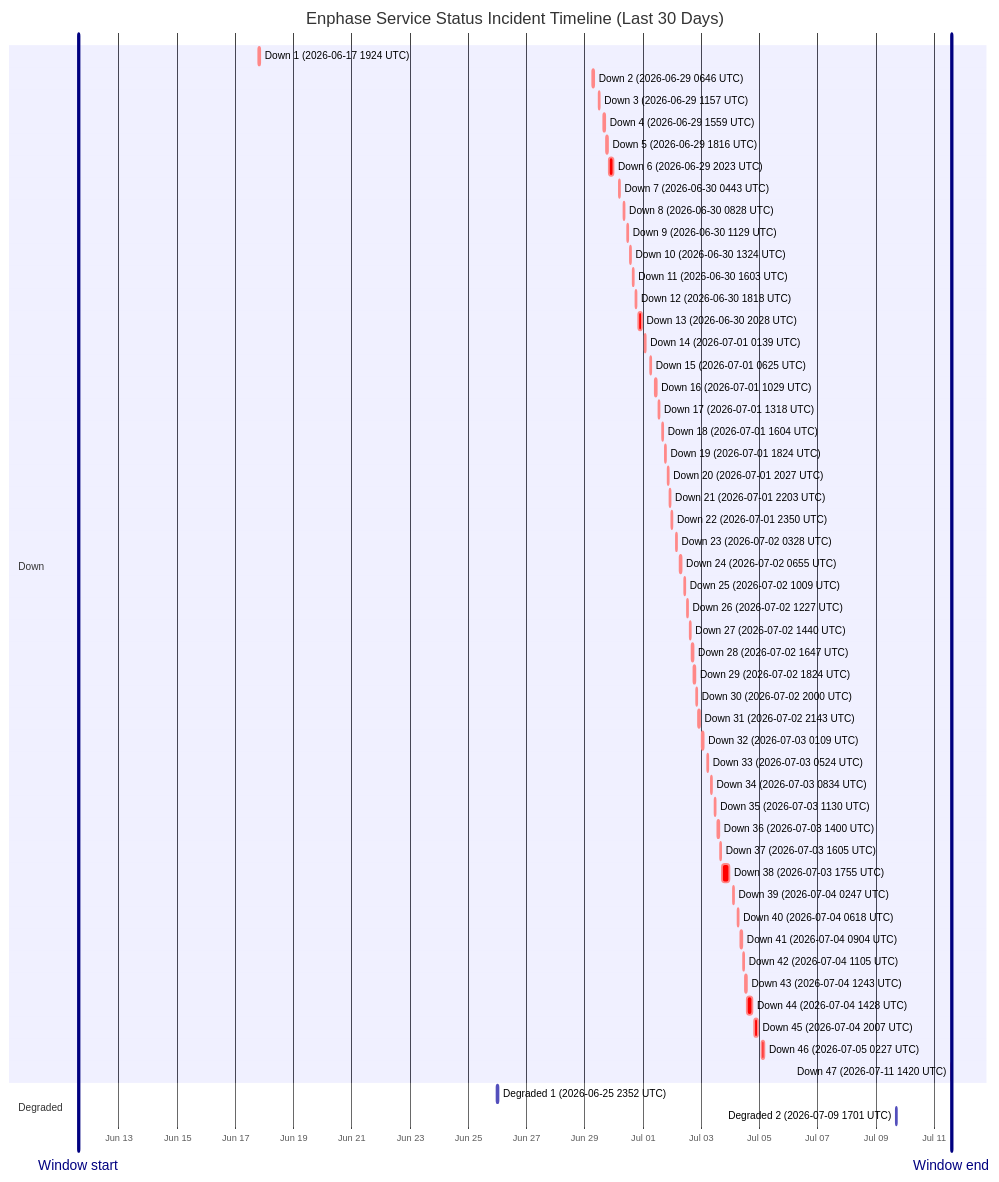
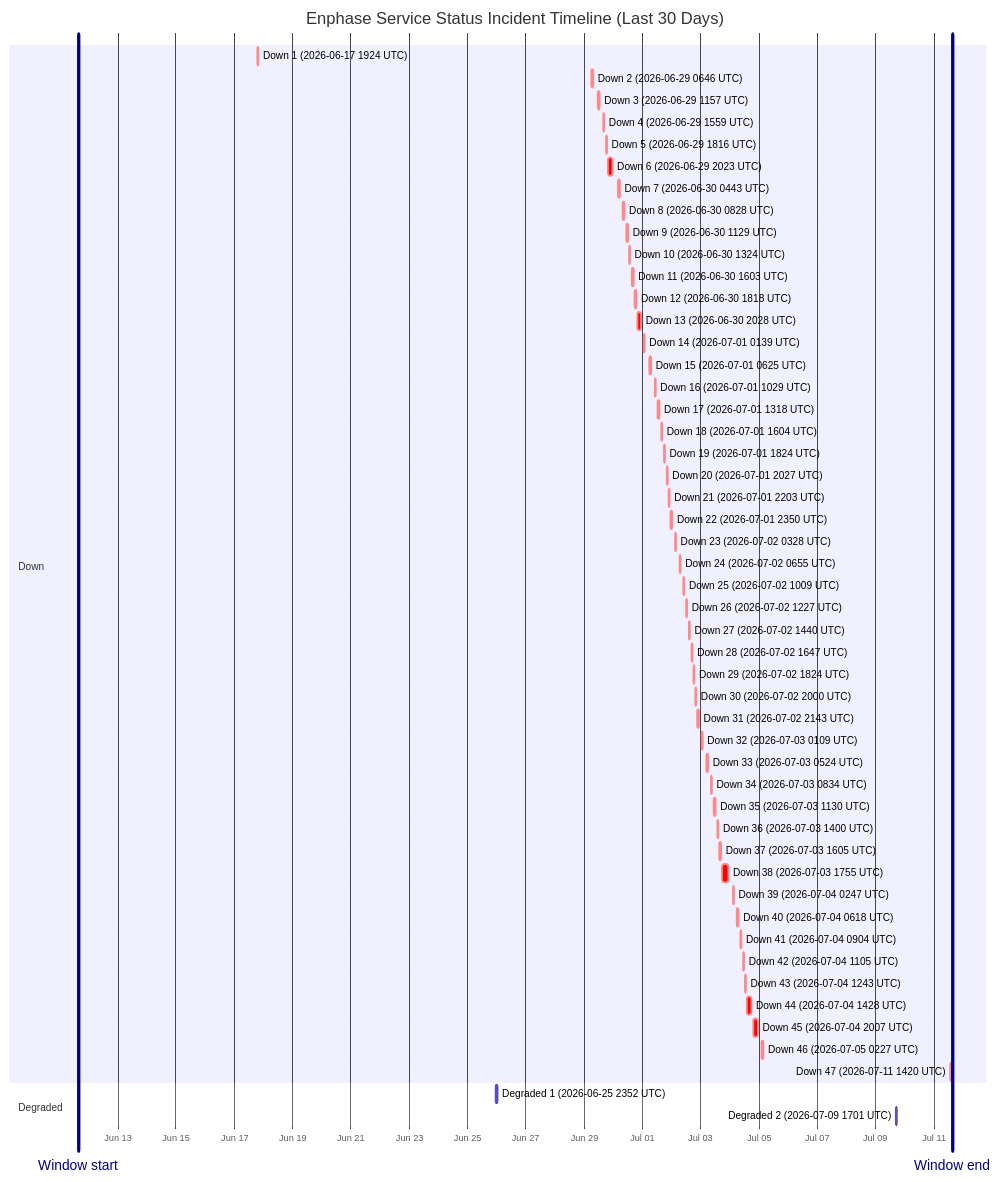
One commit to barneyonline/ha-enphase-energy changed the diagram in wiki/Service-Status-History.md. Above: the diagram before and after it, drawn with Mermaid. The commit also changed other lines of this file and 5 other files, not shown here.

````diff
--- a/wiki/Service-Status-History.md
+++ b/wiki/Service-Status-History.md
@@ -14,59 +14,59 @@
 ```mermaid
 gantt
     title Enphase Service Status Incident Timeline (Last 30 Days)
     dateFormat  YYYY-MM-DDTHH:mm:ss
     axisFormat  %b %d
-    Window start :vert, window-start, 2026-06-11T14:20:54, 0ms
-    Window end :vert, window-end, 2026-07-11T14:20:54, 0ms
+    Window start :vert, window-start, 2026-06-11T15:30:12, 0ms
+    Window end :vert, window-end, 2026-07-11T15:30:12, 0ms
     section Down
     Down 1 (2026-06-17 1924 UTC) :crit, down-1, 2026-06-17T19:24:51, 60m
     Down 2 (2026-06-29 0646 UTC) :crit, down-2, 2026-06-29T06:46:18, 60m
     Down 3 (2026-06-29 1157 UTC) :crit, down-3, 2026-06-29T11:57:36, 60m
     Down 4 (2026-06-29 1559 UTC) :crit, down-4, 2026-06-29T15:59:02, 60m
     Down 5 (2026-06-29 1816 UTC) :crit, down-5, 2026-06-29T18:16:38, 60m
     Down 6 (2026-06-29 2023 UTC) :crit, down-6, 2026-06-29T20:23:16, 220m
     Down 7 (2026-06-30 0443 UTC) :crit, down-7, 2026-06-30T04:43:54, 60m
     Down 8 (2026-06-30 0828 UTC) :crit, down-8, 2026-06-30T08:28:43, 60m
     Down 9 (2026-06-30 1129 UTC) :crit, down-9, 2026-06-30T11:29:15, 60m
     Down 10 (2026-06-30 1324 UTC) :crit, down-10, 2026-06-30T13:24:25, 60m
     Down 11 (2026-06-30 1603 UTC) :crit, down-11, 2026-06-30T16:03:26, 60m
     Down 12 (2026-06-30 1818 UTC) :crit, down-12, 2026-06-30T18:18:39, 60m
     Down 13 (2026-06-30 2028 UTC) :crit, down-13, 2026-06-30T20:28:54, 171m
     Down 14 (2026-07-01 0139 UTC) :crit, down-14, 2026-07-01T01:39:18, 60m
     Down 15 (2026-07-01 0625 UTC) :crit, down-15, 2026-07-01T06:25:35, 60m
     Down 16 (2026-07-01 1029 UTC) :crit, down-16, 2026-07-01T10:29:24, 60m
     Down 17 (2026-07-01 1318 UTC) :crit, down-17, 2026-07-01T13:18:31, 60m
     Down 18 (2026-07-01 1604 UTC) :crit, down-18, 2026-07-01T16:04:29, 60m
     Down 19 (2026-07-01 1824 UTC) :crit, down-19, 2026-07-01T18:24:21, 60m
     Down 20 (2026-07-01 2027 UTC) :crit, down-20, 2026-07-01T20:27:17, 60m
     Down 21 (2026-07-01 2203 UTC) :crit, down-21, 2026-07-01T22:03:46, 60m
     Down 22 (2026-07-01 2350 UTC) :crit, down-22, 2026-07-01T23:50:52, 60m
     Down 23 (2026-07-02 0328 UTC) :crit, down-23, 2026-07-02T03:28:33, 60m
     Down 24 (2026-07-02 0655 UTC) :crit, down-24, 2026-07-02T06:55:07, 60m
     Down 25 (2026-07-02 1009 UTC) :crit, down-25, 2026-07-02T10:09:15, 60m
     Down 26 (2026-07-02 1227 UTC) :crit, down-26, 2026-07-02T12:27:49, 60m
     Down 27 (2026-07-02 1440 UTC) :crit, down-27, 2026-07-02T14:40:53, 60m
     Down 28 (2026-07-02 1647 UTC) :crit, down-28, 2026-07-02T16:47:47, 60m
     Down 29 (2026-07-02 1824 UTC) :crit, down-29, 2026-07-02T18:24:26, 60m
     Down 30 (2026-07-02 2000 UTC) :crit, down-30, 2026-07-02T20:00:57, 60m
     Down 31 (2026-07-02 2143 UTC) :crit, down-31, 2026-07-02T21:43:52, 80m
     Down 32 (2026-07-03 0109 UTC) :crit, down-32, 2026-07-03T01:09:19, 60m
     Down 33 (2026-07-03 0524 UTC) :crit, down-33, 2026-07-03T05:24:23, 60m
     Down 34 (2026-07-03 0834 UTC) :crit, down-34, 2026-07-03T08:34:05, 60m
     Down 35 (2026-07-03 1130 UTC) :crit, down-35, 2026-07-03T11:30:41, 60m
     Down 36 (2026-07-03 1400 UTC) :crit, down-36, 2026-07-03T14:00:48, 60m
     Down 37 (2026-07-03 1605 UTC) :crit, down-37, 2026-07-03T16:05:49, 60m
     Down 38 (2026-07-03 1755 UTC) :crit, down-38, 2026-07-03T17:55:54, 338m
     Down 39 (2026-07-04 0247 UTC) :crit, down-39, 2026-07-04T02:47:22, 60m
     Down 40 (2026-07-04 0618 UTC) :crit, down-40, 2026-07-04T06:18:09, 60m
     Down 41 (2026-07-04 0904 UTC) :crit, down-41, 2026-07-04T09:04:41, 60m
     Down 42 (2026-07-04 1105 UTC) :crit, down-42, 2026-07-04T11:05:21, 60m
     Down 43 (2026-07-04 1243 UTC) :crit, down-43, 2026-07-04T12:43:25, 60m
     Down 44 (2026-07-04 1428 UTC) :crit, down-44, 2026-07-04T14:28:07, 243m
     Down 45 (2026-07-04 2007 UTC) :crit, down-45, 2026-07-04T20:07:50, 206m
     Down 46 (2026-07-05 0227 UTC) :crit, down-46, 2026-07-05T02:27:32, 109m
-    Down 47 (2026-07-11 1420 UTC) :crit, down-47, 2026-07-11T14:20:54, 60m
+    Down 47 (2026-07-11 1420 UTC) :crit, down-47, 2026-07-11T14:20:54, 69m
     section Degraded
     Degraded 1 (2026-06-25 2352 UTC) :active, degraded-1, 2026-06-25T23:52:01, 60m
     Degraded 2 (2026-07-09 1701 UTC) :active, degraded-2, 2026-07-09T17:01:02, 60m
 ```
````
